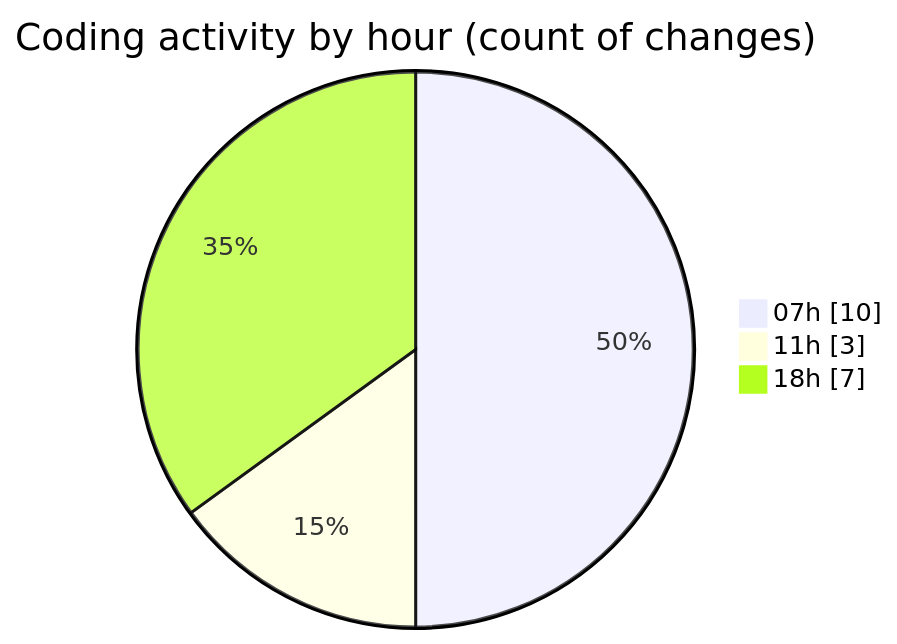
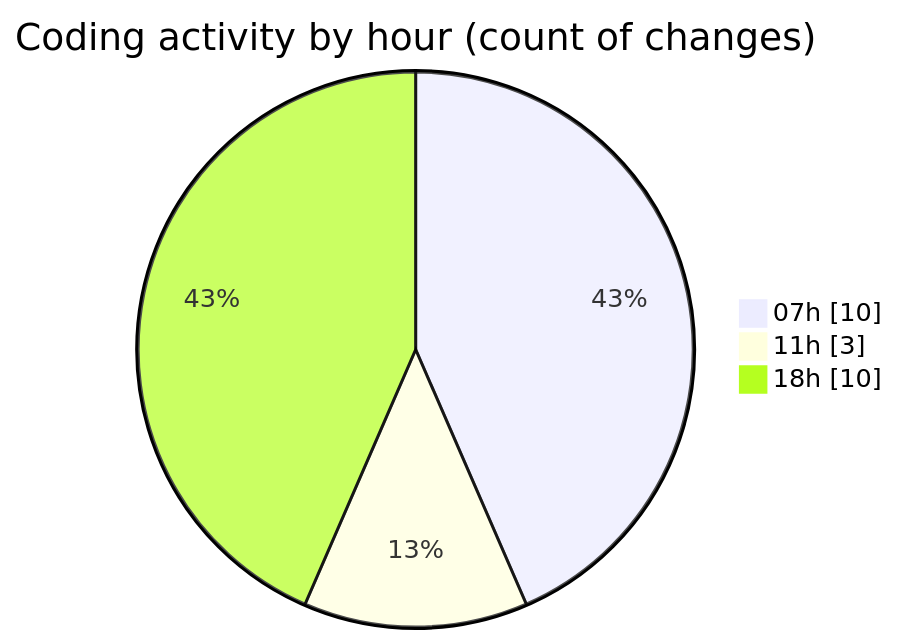
Before and after one commit to FelipKnott/code-tracking: the second of 2 diagrams in 2025-07-12/cursor/README.md, drawn with Mermaid. The commit also changed other lines of this file and 1 other file, not shown here.

````diff
--- a/2025-07-12/cursor/README.md
+++ b/2025-07-12/cursor/README.md
@@ -37,7 +37,7 @@
 ```mermaid
 pie showData
 title Coding activity by hour (count of changes)
 "07h" : 10
 "11h" : 3
-"18h" : 7
+"18h" : 10
 ```
````
